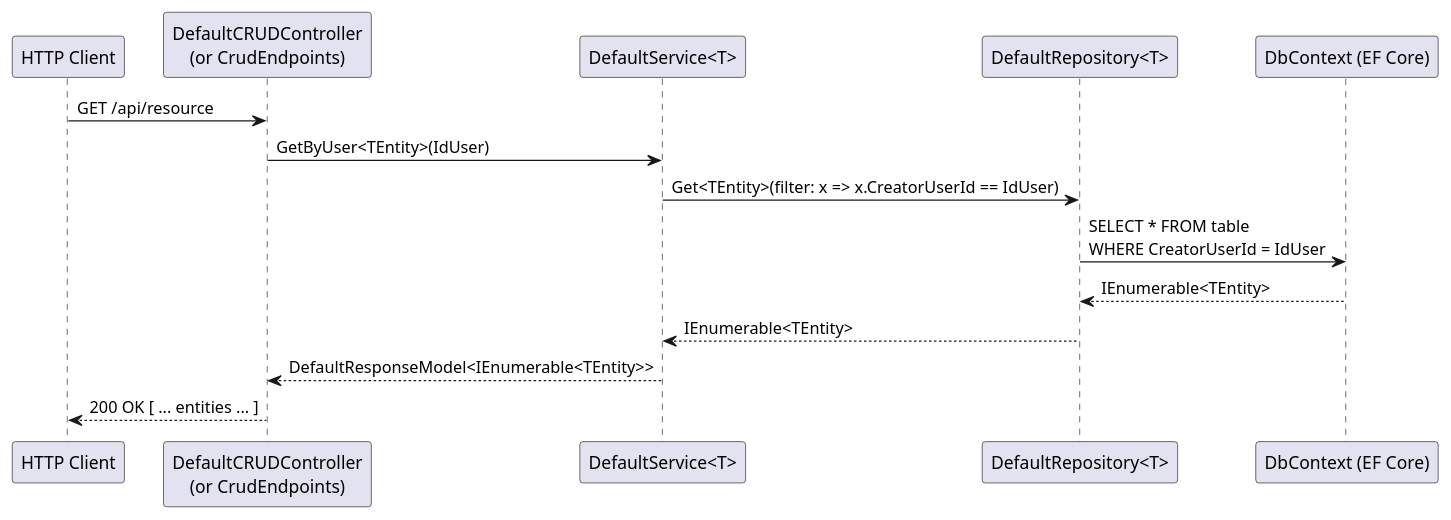
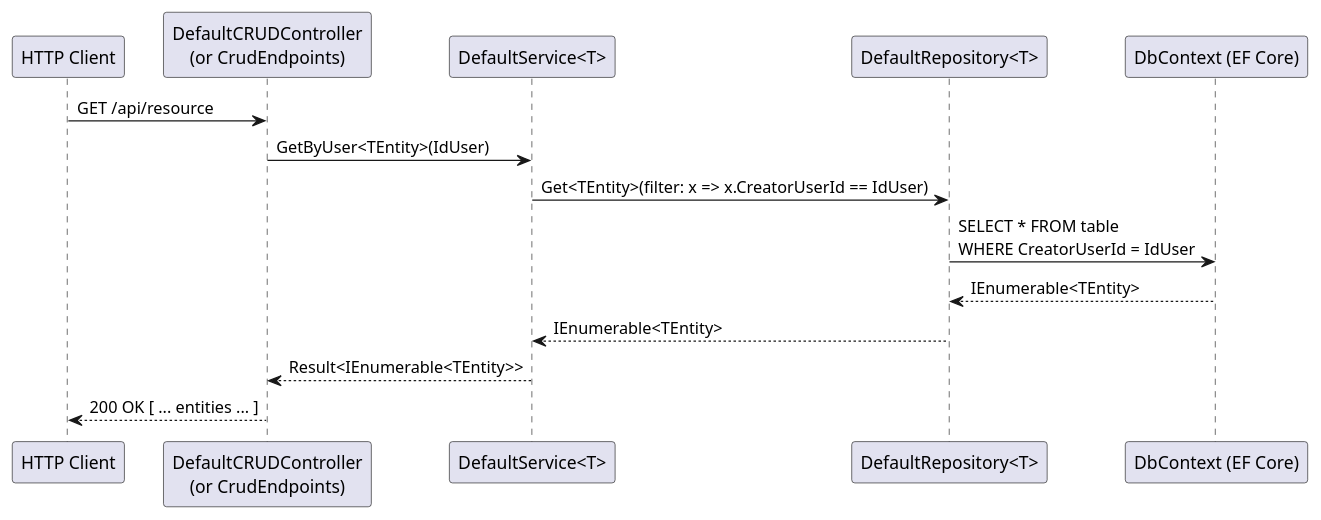
The third of 8 diagrams in docs/flows/main-flows.md (josembergff/jff-csharp-tools), drawn with PlantUML before and after one commit. The commit also changed other lines of this file and 18 other files, not shown here.

First line of the commit message:
Refactor response handling in services to use Result<T> instead of DefaultResponseModel<T>

````diff
--- a/docs/flows/main-flows.md
+++ b/docs/flows/main-flows.md
@@ -79,18 +79,18 @@
 ```plantuml
 @startuml Read Entities Flow
 participant "HTTP Client" as Client
 participant "DefaultCRUDController\n(or CrudEndpoints)" as Controller
 participant "DefaultService<T>" as Service
 participant "DefaultRepository<T>" as Repository
 participant "DbContext (EF Core)" as DB
 
 Client -> Controller: GET /api/resource
 Controller -> Service: GetByUser<TEntity>(IdUser)
 Service -> Repository: Get<TEntity>(filter: x => x.CreatorUserId == IdUser)
 Repository -> DB: SELECT * FROM table\nWHERE CreatorUserId = IdUser
 DB --> Repository: IEnumerable<TEntity>
 Repository --> Service: IEnumerable<TEntity>
-Service --> Controller: DefaultResponseModel<IEnumerable<TEntity>>
+Service --> Controller: Result<IEnumerable<TEntity>>
 Controller --> Client: 200 OK [ ... entities ... ]
 @enduml
 ```
````
